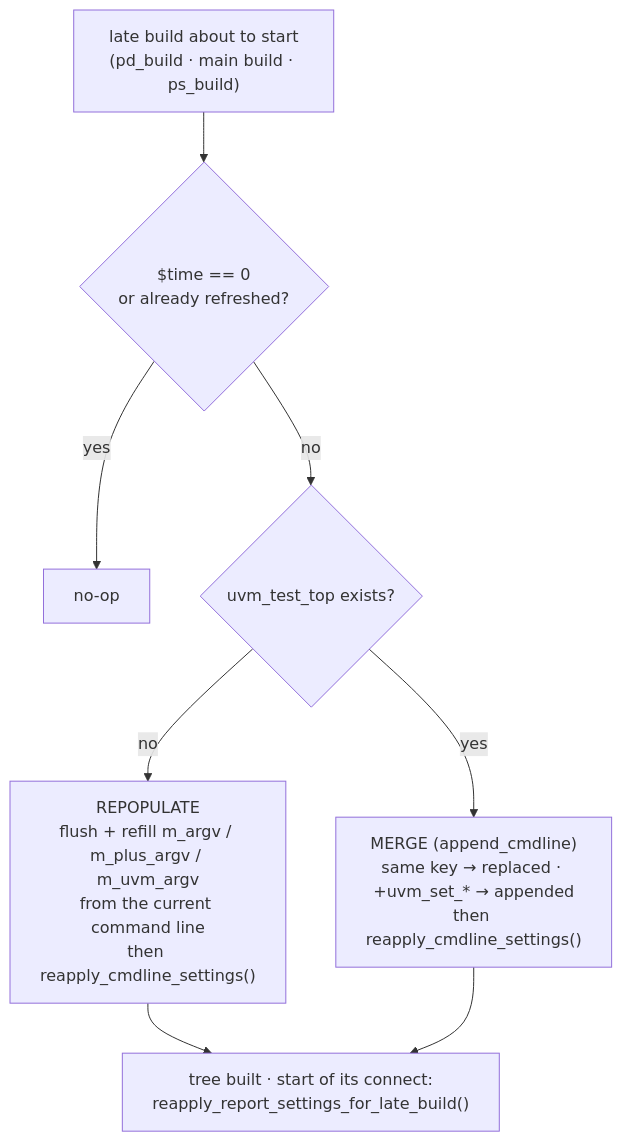
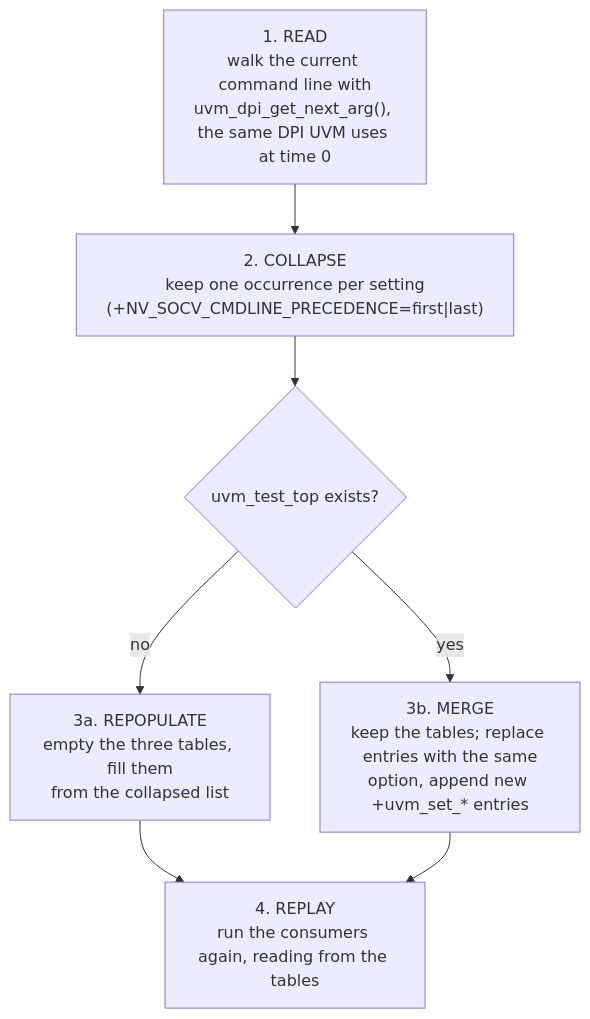
The third of 4 diagrams in doc/cmdline_reprocessing.md (nmoradiya1991/nv_sim_restore), drawn with Mermaid before and after one commit. The commit also changed other lines of this file and 3 other files, not shown here.

````diff
--- a/doc/cmdline_reprocessing.md
+++ b/doc/cmdline_reprocessing.md
@@ -14,10 +78,10 @@
 ```mermaid
 flowchart TD
-    A["late build about to start<br/>(pd_build · main build · ps_build)"] --> B{"$time == 0<br/>or already refreshed?"}
-    B -- yes --> N["no-op"]
-    B -- no --> C{"uvm_test_top exists?"}
-    C -- no --> R["REPOPULATE<br/>flush + refill m_argv / m_plus_argv / m_uvm_argv<br/>from the current command line<br/>then reapply_cmdline_settings()"]
-    C -- yes --> M["MERGE (append_cmdline)<br/>same key → replaced · +uvm_set_* → appended<br/>then reapply_cmdline_settings()"]
-    R --> T["tree built · start of its connect:<br/>reapply_report_settings_for_late_build()"]
-    M --> T
+    A["1. READ<br/>walk the current command line with<br/>uvm_dpi_get_next_arg(), the same DPI UVM uses at time 0"]
+    A --> B["2. COLLAPSE<br/>keep one occurrence per setting<br/>(+NV_SOCV_CMDLINE_PRECEDENCE=first|last)"]
+    B --> C{"uvm_test_top exists?"}
+    C -- no --> D["3a. REPOPULATE<br/>empty the three tables, fill them<br/>from the collapsed list"]
+    C -- yes --> E["3b. MERGE<br/>keep the tables; replace entries with the same<br/>option, append new +uvm_set_* entries"]
+    D --> F["4. REPLAY<br/>run the consumers again, reading from the tables"]
+    E --> F
 ```
````
